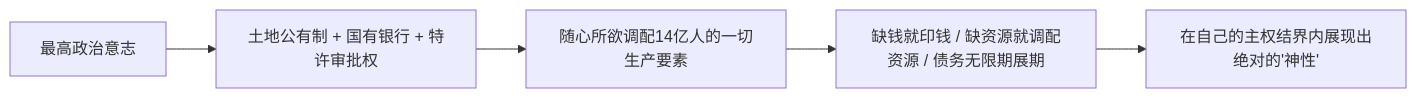
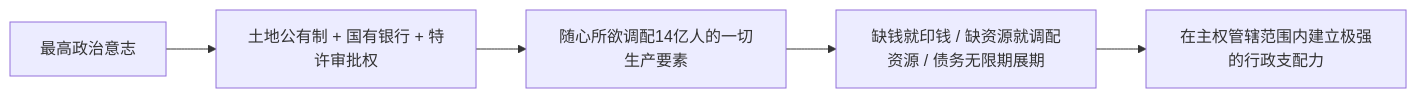
The second of 2 diagrams in src/content/blog/The Fiscal Death and Physical Energy Cost of Empires 2026-10-25.md (Terry-/glog), drawn with Mermaid before and after one commit. The commit also changed other lines of this file and 12 other files, not shown here.

````diff
--- a/src/content/blog/The Fiscal Death and Physical Energy Cost of Empires 2026-10-25.md
+++ b/src/content/blog/The Fiscal Death and Physical Energy Cost of Empires 2026-10-25.md
@@ -67,7 +67,7 @@
 ```mermaid
 graph LR
     A["最高政治意志"] --> B["土地公有制 + 国有银行 + 特许审批权"]
     B --> C["随心所欲调配14亿人的一切生产要素"]
     C --> D["缺钱就印钱 / 缺资源就调配资源 / 债务无限期展期"]
-    D --> E["在自己的主权结界内展现出绝对的'神性'"]
+    D --> E["在主权管辖范围内建立极强的行政支配力"]
 ```
````
